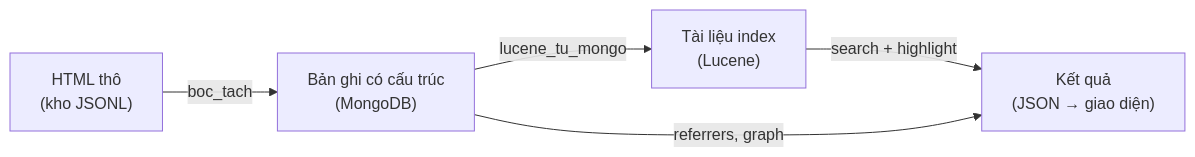
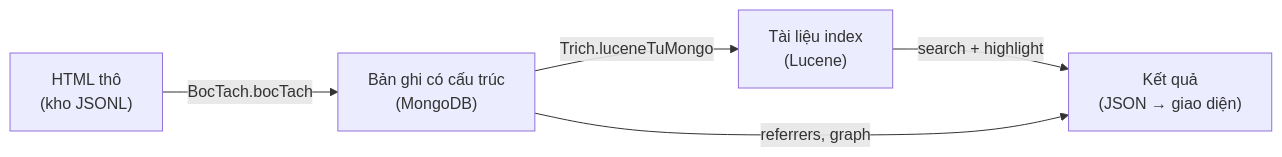
One commit to nguyenpnguyen/di-project changed the second of 21 diagrams in BAO-CAO-KY-THUAT.md. Above: the diagram before and after it, drawn with Mermaid. The commit also changed other lines of this file and 369 other files, not shown here.

````diff
--- a/BAO-CAO-KY-THUAT.md
+++ b/BAO-CAO-KY-THUAT.md
@@ -74,7 +78,7 @@
 ```mermaid
 flowchart LR
-    A["HTML thô<br/>(kho JSONL)"] -->|"boc_tach"| B["Bản ghi có cấu trúc<br/>(MongoDB)"]
-    B -->|"lucene_tu_mongo"| C["Tài liệu index<br/>(Lucene)"]
+    A["HTML thô<br/>(kho JSONL)"] -->|"BocTach.bocTach"| B["Bản ghi có cấu trúc<br/>(MongoDB)"]
+    B -->|"Trich.luceneTuMongo"| C["Tài liệu index<br/>(Lucene)"]
     C -->|"search + highlight"| D["Kết quả<br/>(JSON → giao diện)"]
     B -->|"referrers, graph"| D
 ```
````
